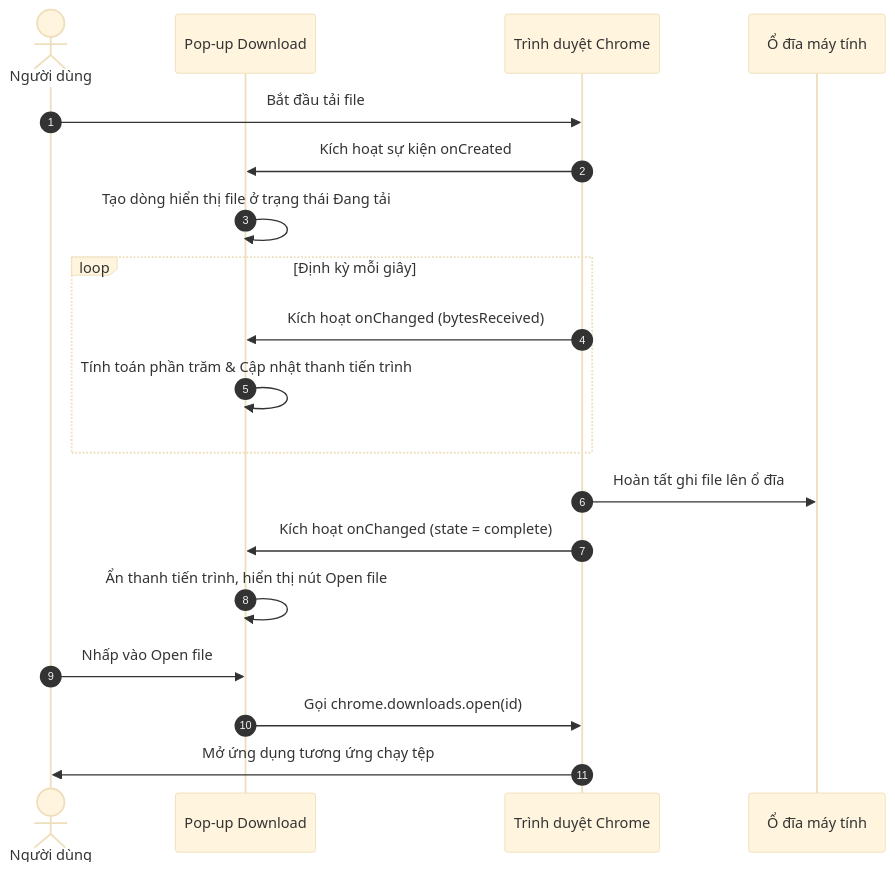
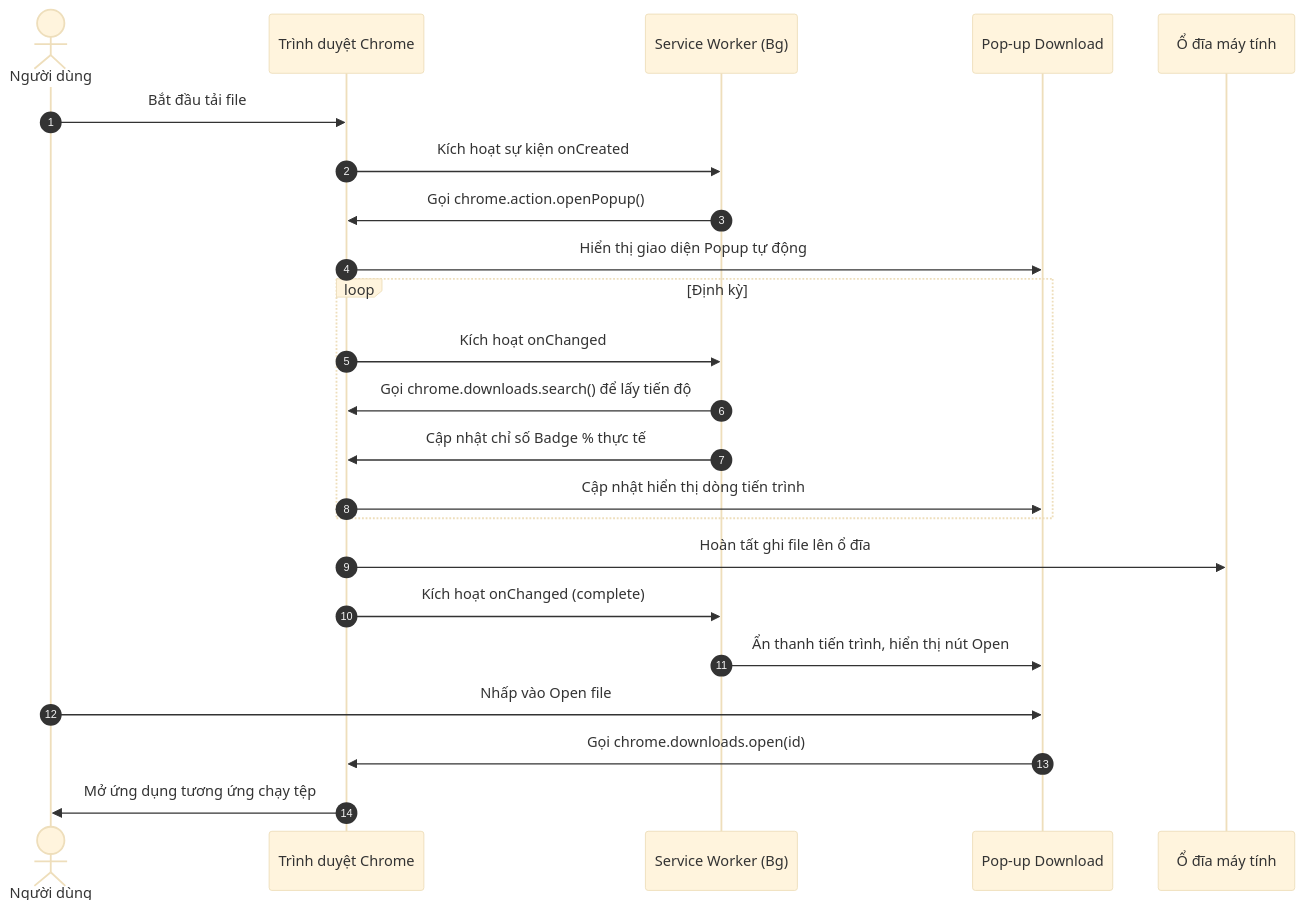
One commit to CodeingOver/CustomeDownLoad-HistoryExtensionForChrome changed the second of 2 diagrams in docs/architecture.md. Above: the diagram before and after it, drawn with Mermaid (base theme). The commit also changed other lines of this file and 7 other files, not shown here.

Commit message:
feat: implement Edge-styled download manager extension with service worker tracking and Fluent UI popup

````diff
--- a/docs/architecture.md
+++ b/docs/architecture.md
@@ -142,22 +149,26 @@
 ```mermaid
 sequenceDiagram
     autonumber
     actor User as Người dùng
+    participant Chrome as Trình duyệt Chrome
+    participant SW as Service Worker (Bg)
     participant Pop as Pop-up Download
-    participant Chrome as Trình duyệt Chrome
     participant Disk as Ổ đĩa máy tính
 
     User->>Chrome: Bắt đầu tải file
-    Chrome->>Pop: Kích hoạt sự kiện onCreated
-    Pop->>Pop: Tạo dòng hiển thị file ở trạng thái Đang tải
-    loop Định kỳ mỗi giây
-        Chrome->>Pop: Kích hoạt onChanged (bytesReceived)
-        Pop->>Pop: Tính toán phần trăm & Cập nhật thanh tiến trình
+    Chrome->>SW: Kích hoạt sự kiện onCreated
+    SW->>Chrome: Gọi chrome.action.openPopup()
+    Chrome->>Pop: Hiển thị giao diện Popup tự động
+    loop Định kỳ
+        Chrome->>SW: Kích hoạt onChanged
+        SW->>Chrome: Gọi chrome.downloads.search() để lấy tiến độ
+        SW->>Chrome: Cập nhật chỉ số Badge % thực tế
+        Chrome->>Pop: Cập nhật hiển thị dòng tiến trình
     end
     Chrome->>Disk: Hoàn tất ghi file lên ổ đĩa
-    Chrome->>Pop: Kích hoạt onChanged (state = complete)
-    Pop->>Pop: Ẩn thanh tiến trình, hiển thị nút Open file
+    Chrome->>SW: Kích hoạt onChanged (complete)
+    SW->>Pop: Ẩn thanh tiến trình, hiển thị nút Open
     User->>Pop: Nhấp vào Open file
     Pop->>Chrome: Gọi chrome.downloads.open(id)
     Chrome->>User: Mở ứng dụng tương ứng chạy tệp
 ```
````
